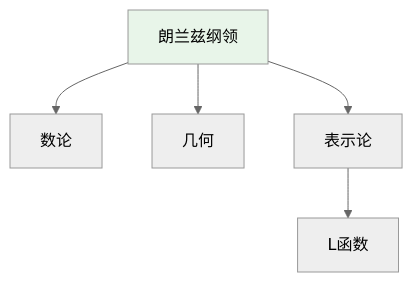
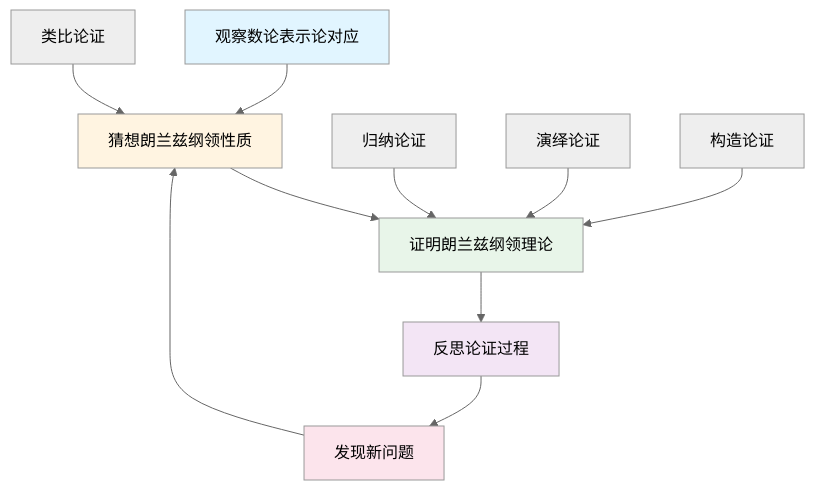
Before and after one commit to AdaMartin18010/FormalMath: the fifth of 11 diagrams in concept/核心概念/33-朗兰兹纲领.md, drawn with Mermaid (neutral theme). The commit also changed other lines of this file and 4793 other files, not shown here.

````diff
--- a/concept/核心概念/33-朗兰兹纲领.md
+++ b/concept/核心概念/33-朗兰兹纲领.md
@@ -723,9 +1438,19 @@
 ```mermaid
 graph TD
-    A[朗兰兹纲领] --> B[数论]
-    A --> C[几何]
-    A --> D[表示论]
-    D --> E[L函数]
+    A[观察数论表示论对应] --> B[猜想朗兰兹纲领性质]
+    B --> C[证明朗兰兹纲领理论]
+    C --> D[反思论证过程]
+    D --> E[发现新问题]
+    E --> B
 
-    style A fill:#e8f5e9
+    F[归纳论证] --> C
+    G[演绎论证] --> C
+    H[类比论证] --> B
+    I[构造论证] --> C
+
+    style A fill:#e1f5ff
+    style B fill:#fff4e1
+    style C fill:#e8f5e9
+    style D fill:#f3e5f5
+    style E fill:#fce4ec
 ```
````
